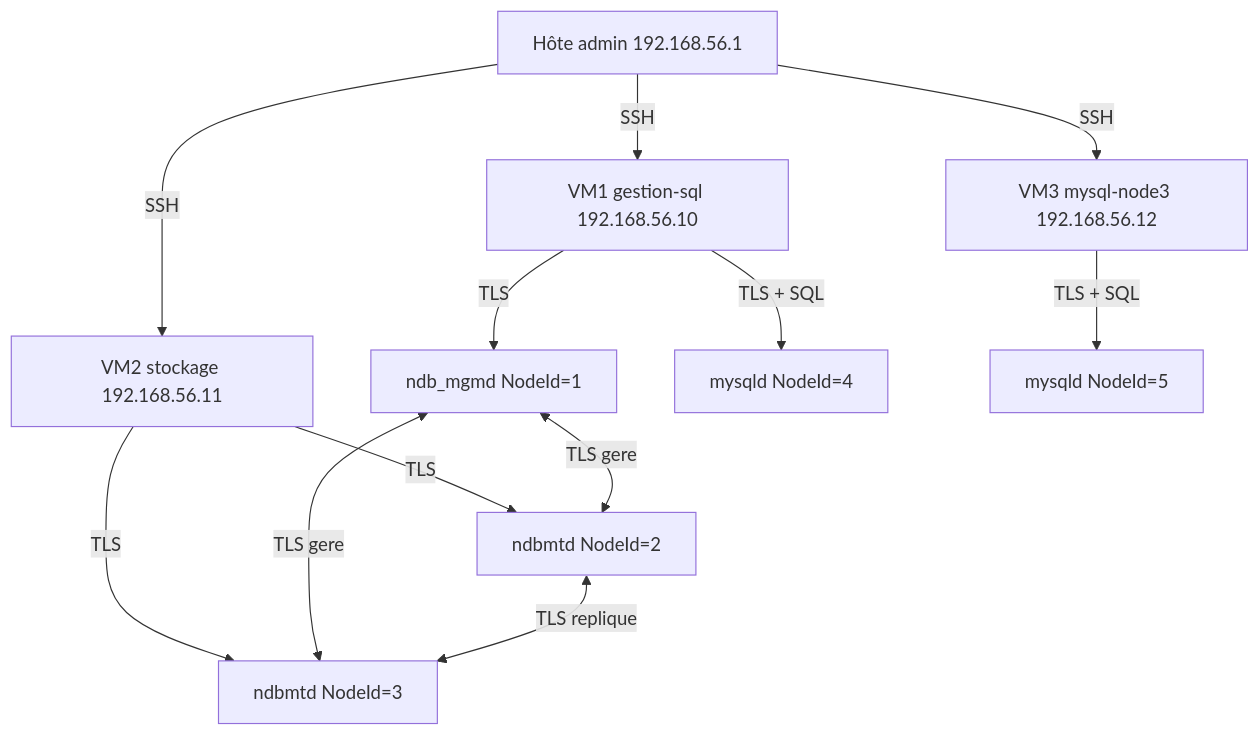
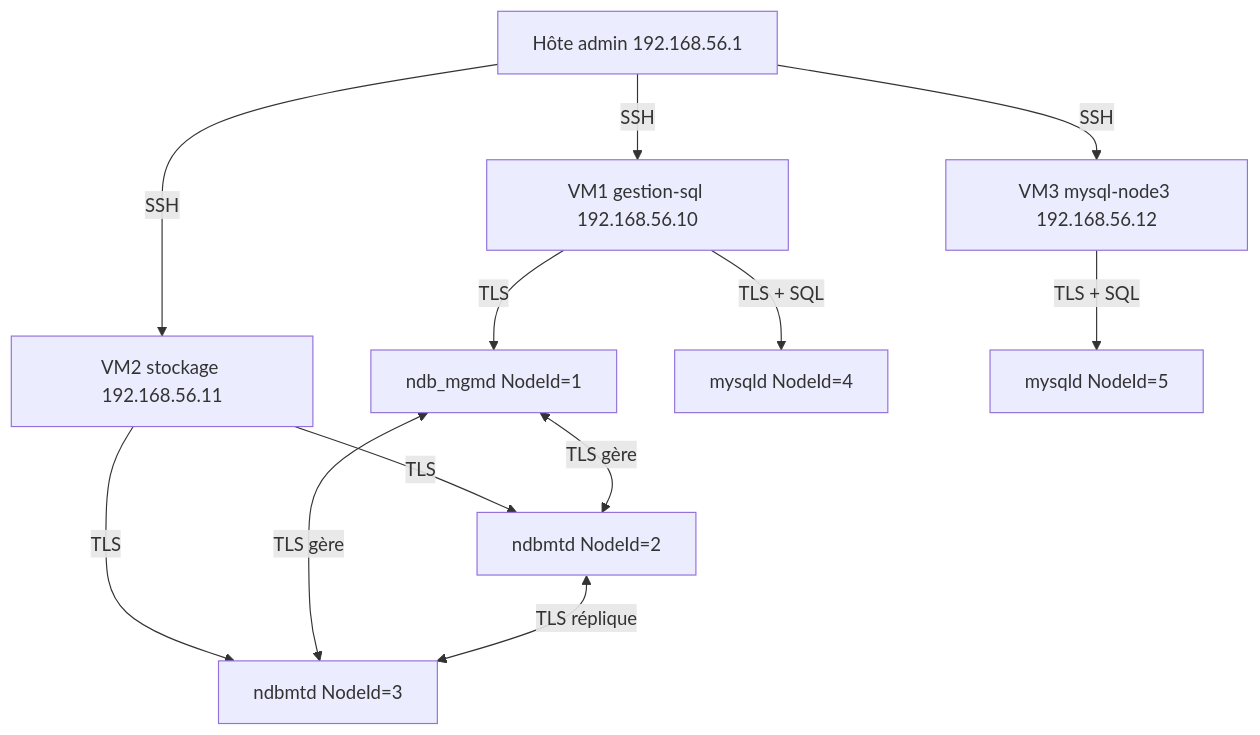
Before and after one commit to yugmerabtene/mysql-public: the first of 2 diagrams in chapitre-05.md, drawn with Mermaid. The commit also changed other lines of this file and 3 other files, not shown here.

````diff
--- a/chapitre-05.md
+++ b/chapitre-05.md
@@ -49,14 +49,14 @@
 ```mermaid
 graph TD
     H["Hôte admin 192.168.56.1"] -->|SSH| G["VM1 gestion-sql 192.168.56.10"]
     H -->|SSH| S["VM2 stockage 192.168.56.11"]
     H -->|SSH| T["VM3 mysql-node3 192.168.56.12"]
     G -->|TLS| MGM["ndb_mgmd NodeId=1"]
     S -->|TLS| ND2["ndbmtd NodeId=2"]
     S -->|TLS| ND3["ndbmtd NodeId=3"]
     G -->|TLS + SQL| SQL1["mysqld NodeId=4"]
     T -->|TLS + SQL| SQL2["mysqld NodeId=5"]
-    MGM <-->|TLS gere| ND2
-    MGM <-->|TLS gere| ND3
-    ND2 <-->|TLS replique| ND3
+    MGM <-->|TLS gère| ND2
+    MGM <-->|TLS gère| ND3
+    ND2 <-->|TLS réplique| ND3
 ```
````
